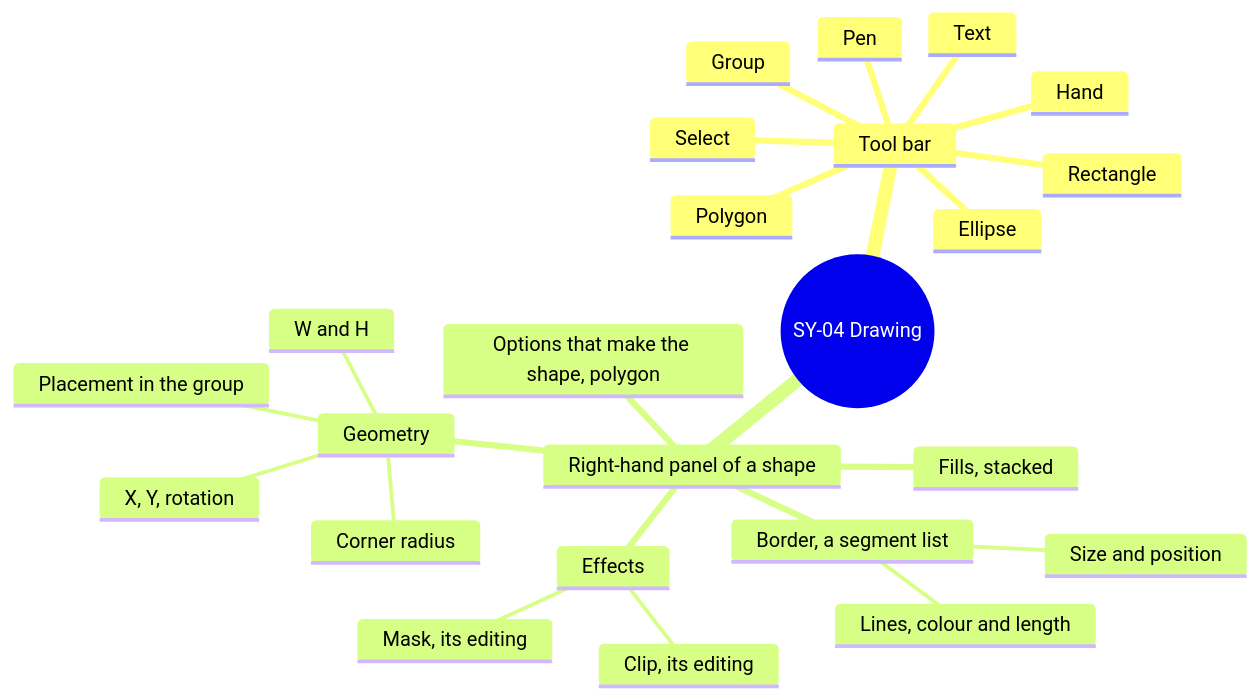
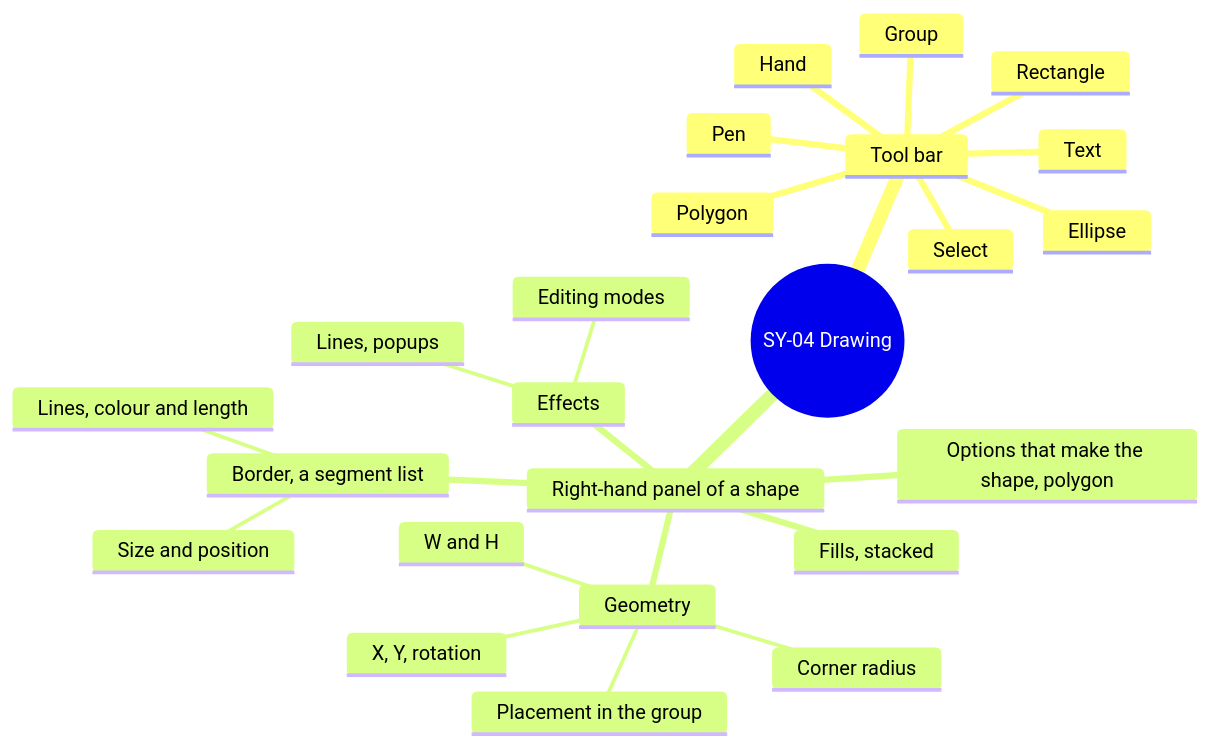
Before and after one commit to AlexandreGallais/synoptic-studio-spec: the sixth of 14 diagrams in screens/symbols.md, drawn with Mermaid. The commit also changed other lines of this file and 17 other files, not shown here.

````diff
--- a/screens/symbols.md
+++ b/screens/symbols.md
@@ -180,27 +180,27 @@
 ```mermaid
 mindmap
   root((SY-04 Drawing))
     Tool bar
       Select
       Hand
       Group
       Rectangle
       Ellipse
       Polygon
       Pen
       Text
     Right-hand panel of a shape
       Options that make the shape, polygon
       Geometry
         W and H
         X, Y, rotation
         Placement in the group
         Corner radius
       Fills, stacked
       Border, a segment list
         Lines, colour and length
         Size and position
       Effects
-        Clip, its editing
-        Mask, its editing
+        Lines, popups
+        Editing modes
 ```
````
